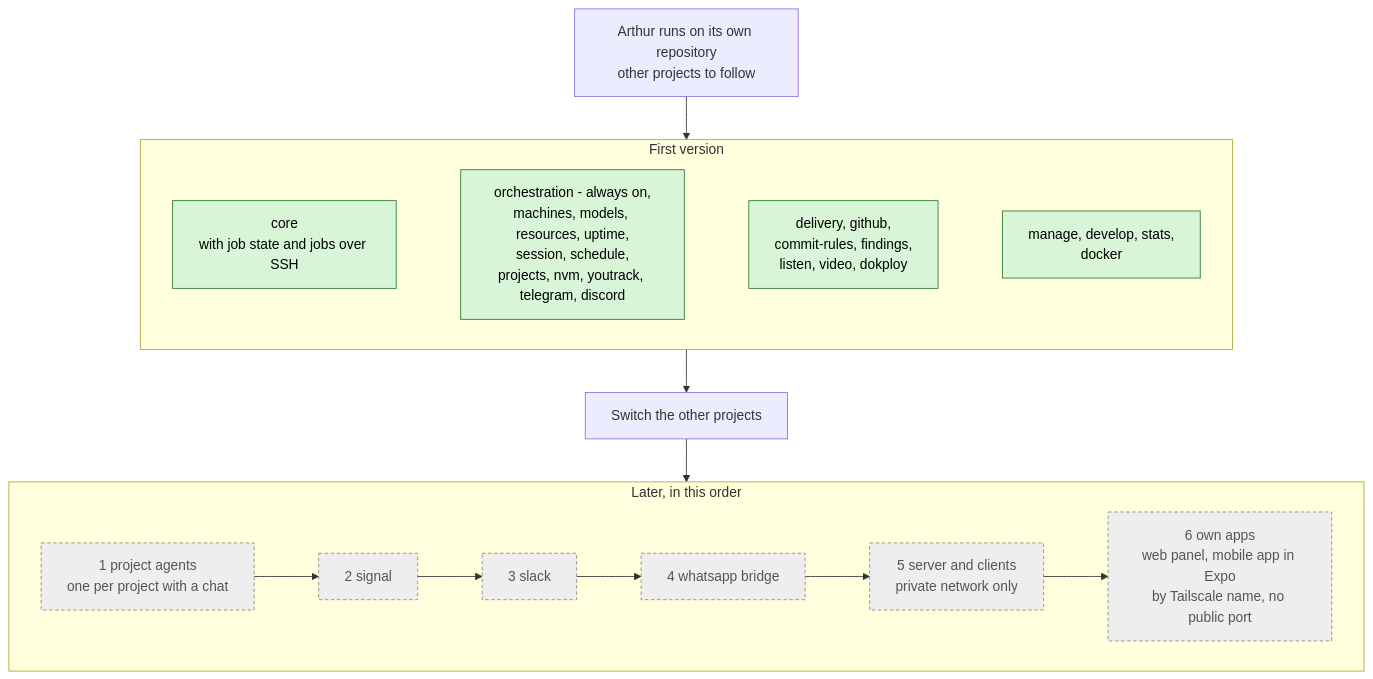
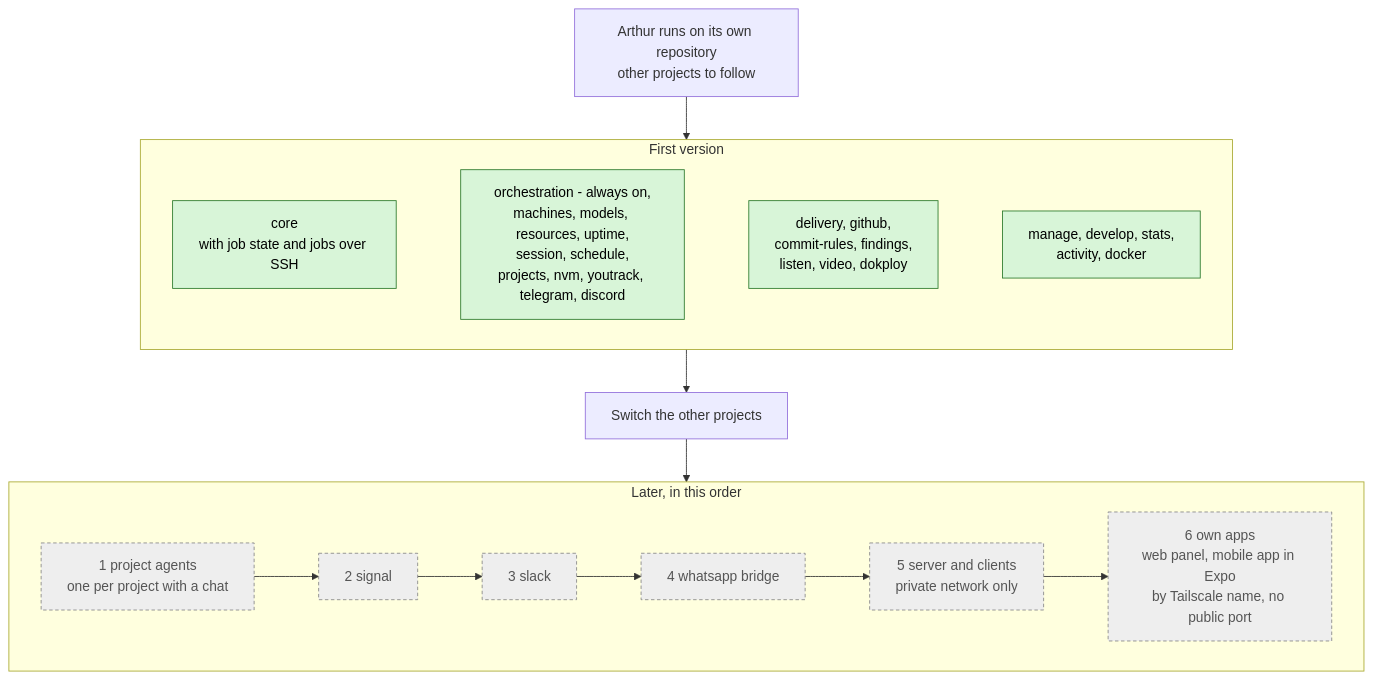
One commit to kacperadler/arthur changed the diagram in docs/architecture/versions.mmd. Above: the diagram before and after it, drawn with Mermaid. The commit also changed 5 other files, not shown here.

Commit message:
docs(AR0676): roadmap 99 to 101, activity in vision and diagrams

```diff
--- a/docs/architecture/versions.mmd
+++ b/docs/architecture/versions.mmd
@@ -1,30 +1,30 @@
 %% From the switch (Arthur runs on its own repository since 2026-10-25) to the rest of Arthur's first version and after it. Green = first version, grey dashed = later.
 flowchart TD
   today[Arthur runs on its own repository<br/>other projects to follow]
 
   subgraph V1[First version]
     core[core<br/>with job state and jobs over SSH]
     p1[orchestration - always on,<br/>machines, models, resources, uptime,<br/>session, schedule,<br/>projects, nvm, youtrack, telegram, discord]
     p2[delivery, github,<br/>commit-rules, findings,<br/>listen, video, dokploy]
-    p3[manage, develop, stats,<br/>docker]
+    p3[manage, develop, stats,<br/>activity, docker]
     core ~~~ p1 ~~~ p2 ~~~ p3
   end
 
   switch2[Switch the other projects]
 
   subgraph V2[Later, in this order]
     agents[1 project agents<br/>one per project with a chat]
     signal[2 signal]
     slack[3 slack]
     whatsapp[4 whatsapp bridge]
     server[5 server and clients<br/>private network only]
     apps[6 own apps<br/>web panel, mobile app in Expo<br/>by Tailscale name, no public port]
     agents --> signal --> slack --> whatsapp --> server --> apps
   end
 
   today --> V1 --> switch2 --> V2
 
   classDef first fill:#d8f5d8,stroke:#2d7a2d,color:#000;
   classDef later fill:#eee,stroke:#888,stroke-dasharray:4 3,color:#555;
   class core,p1,p2,p3 first;
   class agents,signal,slack,whatsapp,server,apps later;
```
